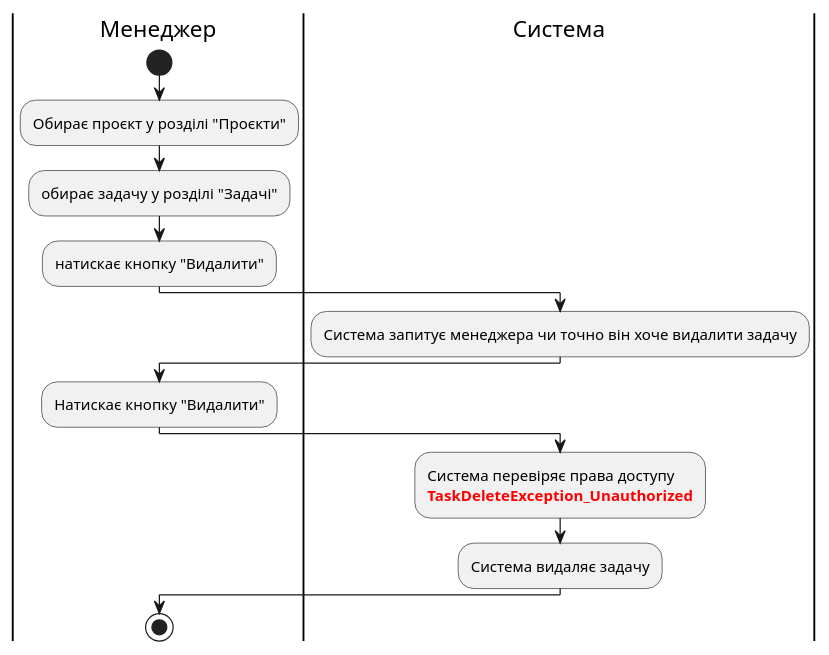
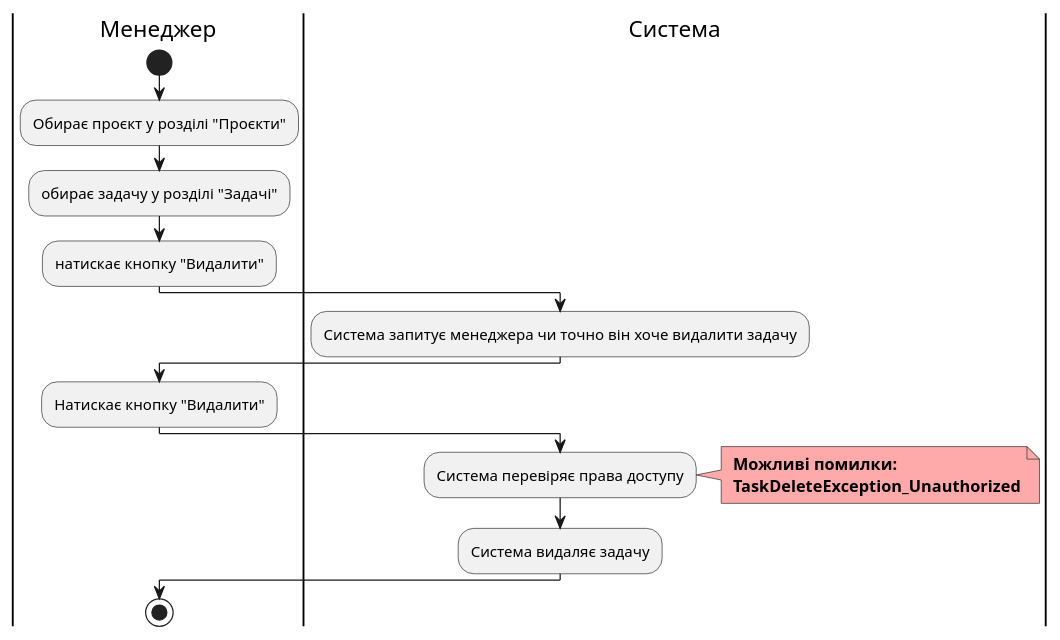
Diagram 15 of 21 in docs/use cases/README.md (vlad13242/TaskForge), drawn with PlantUML before and after one commit. The commit also changed other lines of this file and 1 other file, not shown here.

Commit message:
shenge all diagram errors

```diff
--- a/docs/use cases/README.md
+++ b/docs/use cases/README.md
@@ -826,23 +857,26 @@
 @startuml
 
     |Менеджер|
     start;
     :Обирає проєкт у розділі "Проєкти";
     :обирає задачу у розділі "Задачі";
     :натискає кнопку "Видалити";
     
     |Система|
     :Система запитує менеджера чи точно він хоче видалити задачу;
     
     |Менеджер|
     :Натискає кнопку "Видалити";
     
     |Система|
-    :Система перевіряє права доступу
-    <font color="red">**TaskDeleteException_Unauthorized**;
+    :Система перевіряє права доступу;
+    note right #ffaaaa
+    <b> Можливі помилки:
+    <b> TaskDeleteException_Unauthorized
+    end note
     :Система видаляє задачу;
 
     |Менеджер|
     stop;
 
 @enduml
```
